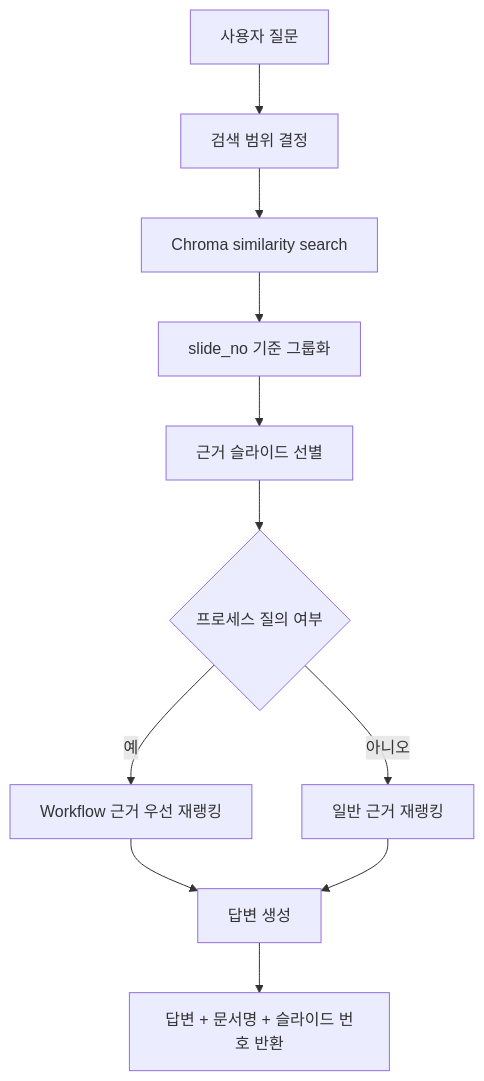
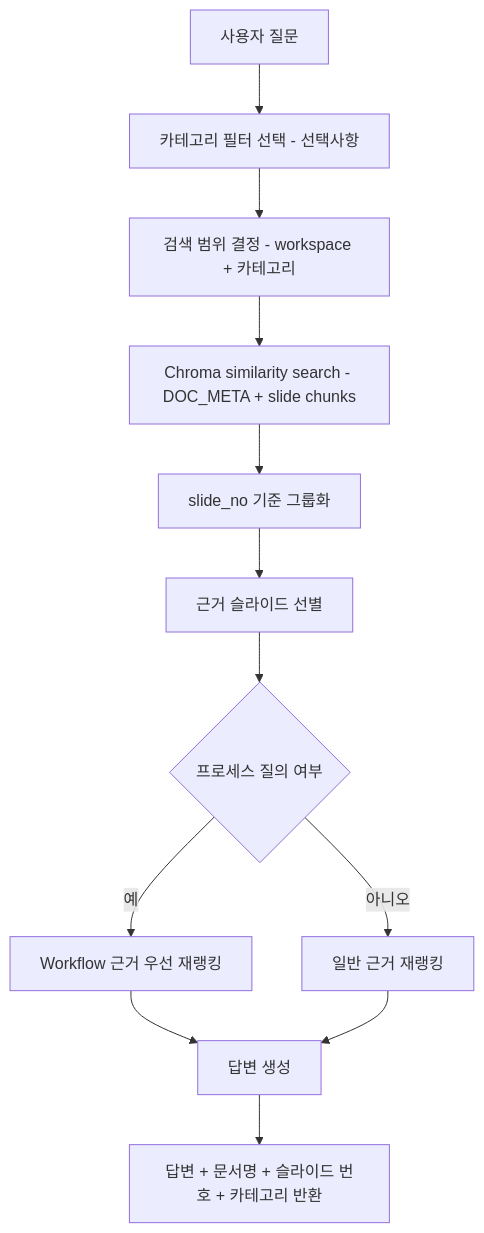
One commit to zaruous/pptx-rag-service changed the second of 3 diagrams in docs/03-user-flow.md. Above: the diagram before and after it, drawn with Mermaid. The commit also changed other lines of this file and 11 other files, not shown here.

````diff
--- a/docs/03-user-flow.md
+++ b/docs/03-user-flow.md
@@ -23,13 +29,14 @@
 ```mermaid
 flowchart TD
-    A[사용자 질문] --> B[검색 범위 결정]
-    B --> C[Chroma similarity search]
+    A[사용자 질문] --> A1[카테고리 필터 선택 - 선택사항]
+    A1 --> B[검색 범위 결정 - workspace + 카테고리]
+    B --> C[Chroma similarity search - DOC_META + slide chunks]
     C --> D[slide_no 기준 그룹화]
     D --> E[근거 슬라이드 선별]
     E --> F{프로세스 질의 여부}
     F -- 예 --> G[Workflow 근거 우선 재랭킹]
     F -- 아니오 --> H[일반 근거 재랭킹]
     G --> I[답변 생성]
     H --> I[답변 생성]
-    I --> J[답변 + 문서명 + 슬라이드 번호 반환]
+    I --> J[답변 + 문서명 + 슬라이드 번호 + 카테고리 반환]
 ```
````
